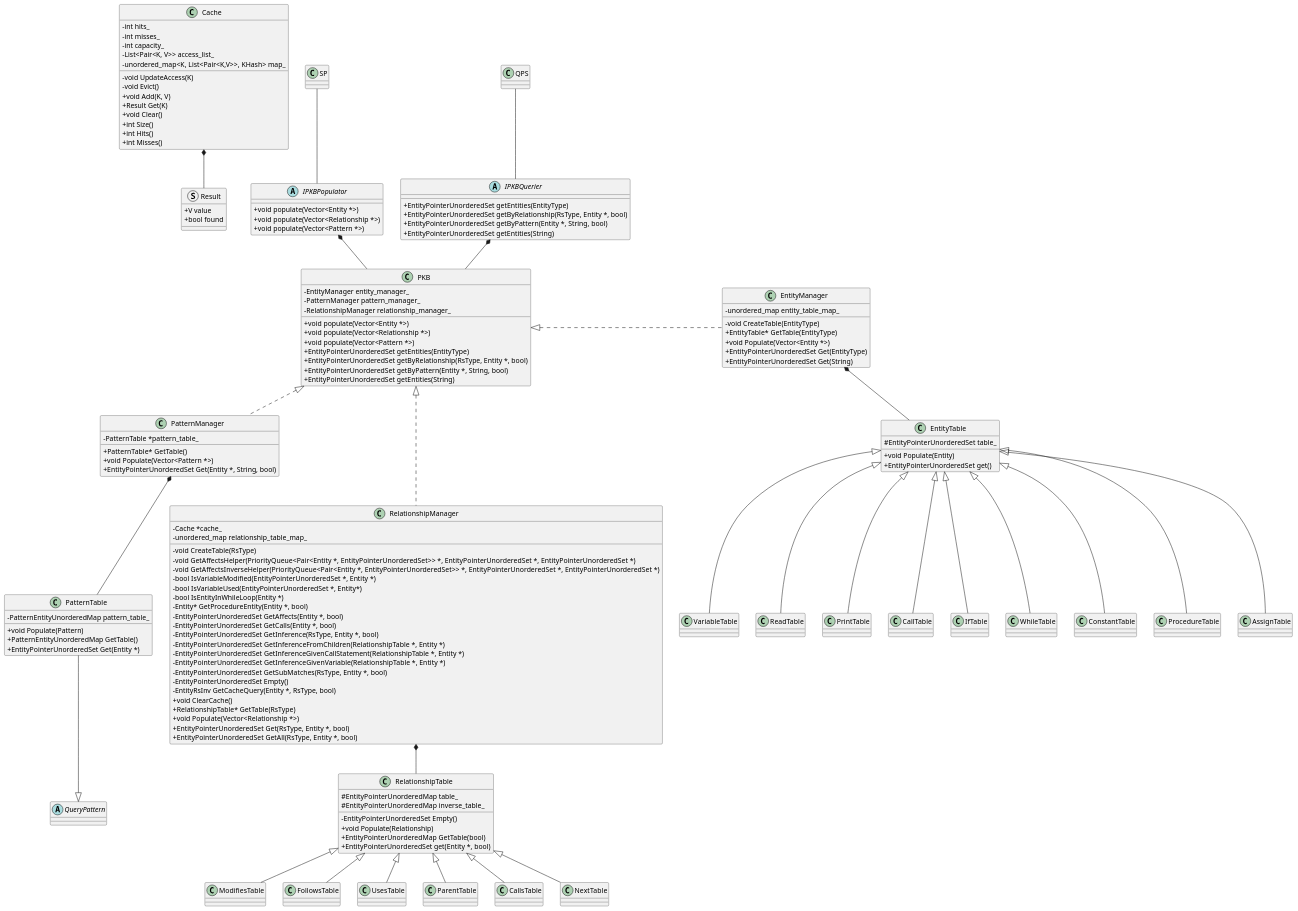
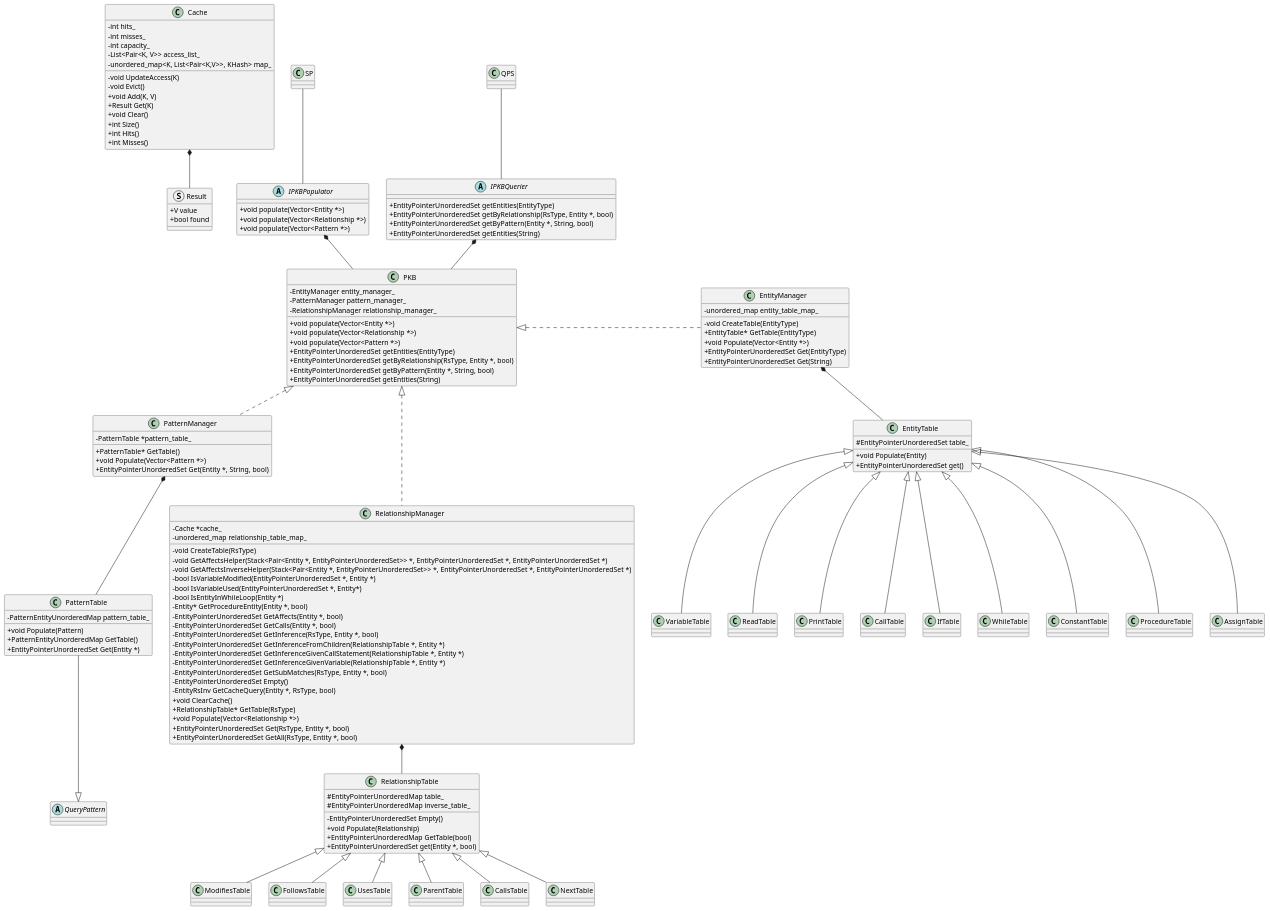
The diagram in docs/diagrams/PKBClassDiagram.puml (mazx4960/static-analyzer), drawn with PlantUML before and after one commit. The commit also changed 1 other file, not shown here.

Commit message:
docs: change priority queue to stack

```diff
--- a/docs/diagrams/PKBClassDiagram.puml
+++ b/docs/diagrams/PKBClassDiagram.puml
@@ -44,8 +44,8 @@
     -Cache *cache_
     -unordered_map relationship_table_map_
     -void CreateTable(RsType)
-    -void GetAffectsHelper(PriorityQueue<Pair<Entity *, EntityPointerUnorderedSet>> *, EntityPointerUnorderedSet *, EntityPointerUnorderedSet *)
-    -void GetAffectsInverseHelper(PriorityQueue<Pair<Entity *, EntityPointerUnorderedSet>> *, EntityPointerUnorderedSet *, EntityPointerUnorderedSet *)
+    -void GetAffectsHelper(Stack<Pair<Entity *, EntityPointerUnorderedSet>> *, EntityPointerUnorderedSet *, EntityPointerUnorderedSet *)
+    -void GetAffectsInverseHelper(Stack<Pair<Entity *, EntityPointerUnorderedSet>> *, EntityPointerUnorderedSet *, EntityPointerUnorderedSet *)
     -bool IsVariableModified(EntityPointerUnorderedSet *, Entity *)
     -bool IsVariableUsed(EntityPointerUnorderedSet *, Entity*)
     -bool IsEntityInWhileLoop(Entity *)
```
